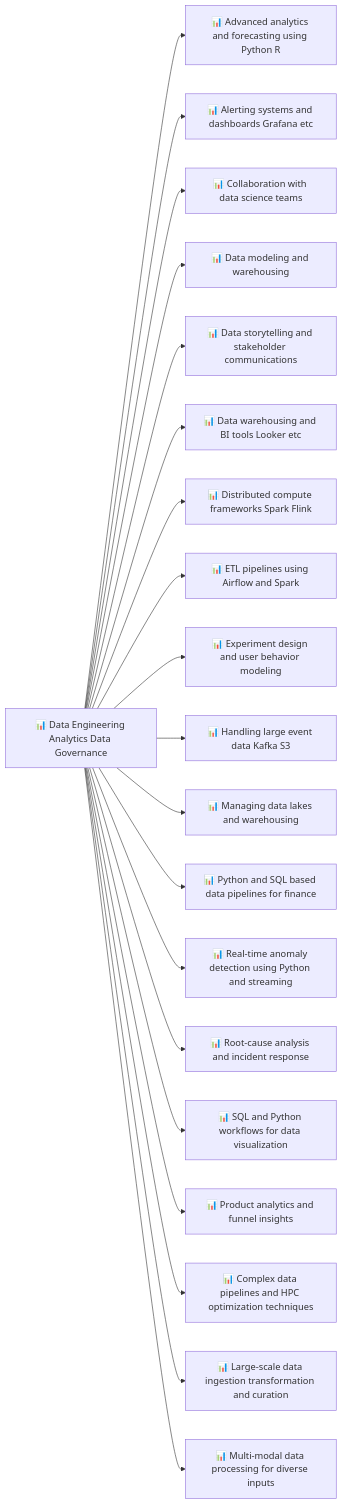
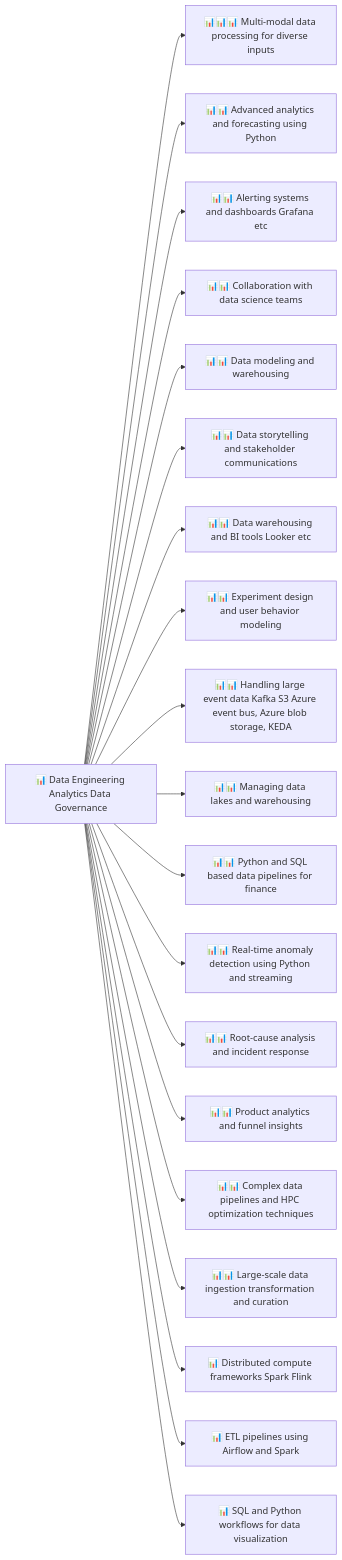
Before and after one commit to AaronCWacker/CV: the fourth of 10 diagrams in cv2page.md, drawn with Mermaid. The commit also changed other lines of this file, not shown here.

````diff
--- a/cv2page.md
+++ b/cv2page.md
@@ -171,23 +171,23 @@
 ```mermaid
 graph LR
     R[📊 Data Engineering Analytics Data Governance]
-    R --> D1[📊 Advanced analytics and forecasting using Python R]
-    R --> D2[📊 Alerting systems and dashboards Grafana etc]
-    R --> D3[📊 Collaboration with data science teams]
-    R --> D4[📊 Data modeling and warehousing]
-    R --> D5[📊 Data storytelling and stakeholder communications]
-    R --> D6[📊 Data warehousing and BI tools Looker etc]
+    R --> D19[📊📊📊 Multi-modal data processing for diverse inputs]
+    R --> D1[📊📊 Advanced analytics and forecasting using Python]
+    R --> D2[📊📊 Alerting systems and dashboards Grafana etc]
+    R --> D3[📊📊 Collaboration with data science teams]
+    R --> D4[📊📊 Data modeling and warehousing]
+    R --> D5[📊📊 Data storytelling and stakeholder communications]
+    R --> D6[📊📊 Data warehousing and BI tools Looker etc]
+    R --> D9[📊📊 Experiment design and user behavior modeling]
+    R --> D10[📊📊 Handling large event data Kafka S3 Azure event bus, Azure blob storage, KEDA]
+    R --> D11[📊📊 Managing data lakes and warehousing]
+    R --> D12[📊📊 Python and SQL based data pipelines for finance]
+    R --> D13[📊📊 Real-time anomaly detection using Python and streaming]
+    R --> D14[📊📊 Root-cause analysis and incident response]
+    R --> D16[📊📊 Product analytics and funnel insights]
+    R --> D17[📊📊 Complex data pipelines and HPC optimization techniques]
+    R --> D18[📊📊 Large-scale data ingestion transformation and curation]
     R --> D7[📊 Distributed compute frameworks Spark Flink]
     R --> D8[📊 ETL pipelines using Airflow and Spark]
-    R --> D9[📊 Experiment design and user behavior modeling]
-    R --> D10[📊 Handling large event data Kafka S3]
-    R --> D11[📊 Managing data lakes and warehousing]
-    R --> D12[📊 Python and SQL based data pipelines for finance]
-    R --> D13[📊 Real-time anomaly detection using Python and streaming]
-    R --> D14[📊 Root-cause analysis and incident response]
     R --> D15[📊 SQL and Python workflows for data visualization]
-    R --> D16[📊 Product analytics and funnel insights]
-    R --> D17[📊 Complex data pipelines and HPC optimization techniques]
-    R --> D18[📊 Large-scale data ingestion transformation and curation]
-    R --> D19[📊 Multi-modal data processing for diverse inputs]
 ```
````
